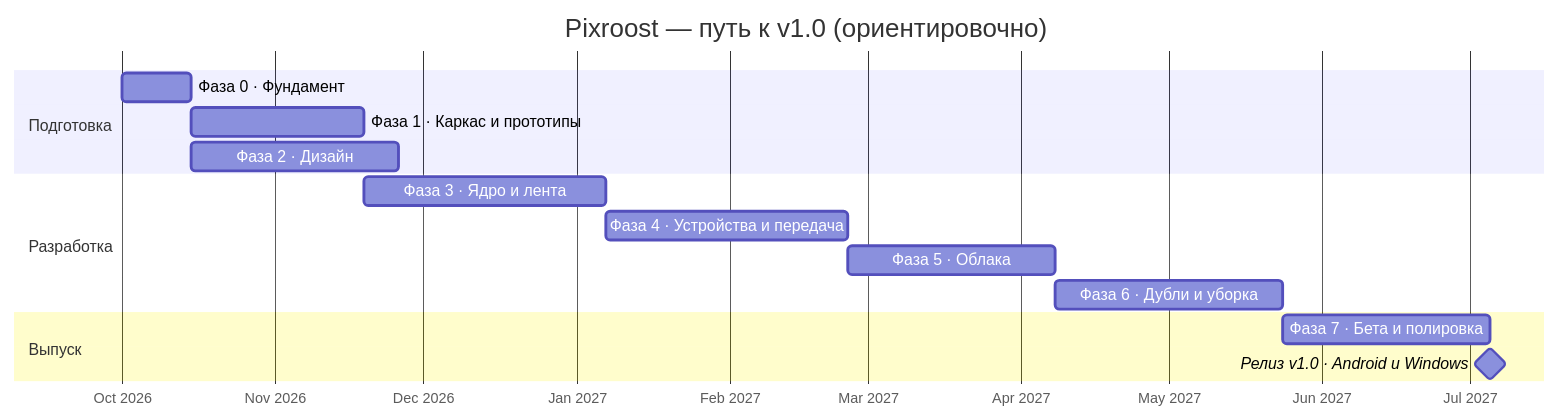
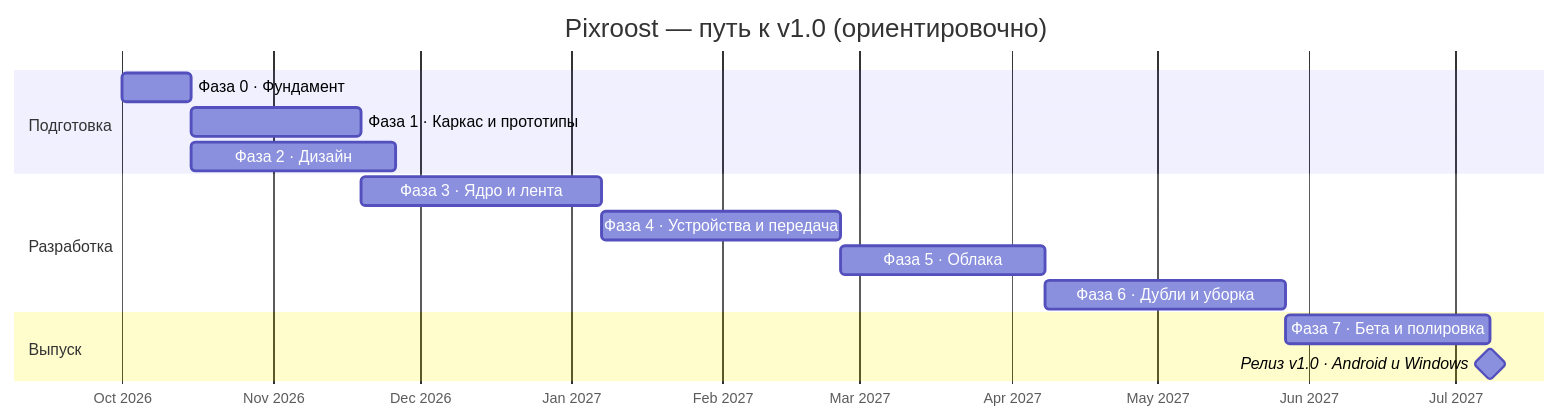
The diagram in docs/roadmap.md (intelbetteramd-sys/pixroost), drawn with Mermaid before and after one commit. The commit also changed other lines of this file and 2 other files, not shown here.

````diff
--- a/docs/roadmap.md
+++ b/docs/roadmap.md
@@ -16,18 +16,18 @@
 ```mermaid
 gantt
   title Pixroost — путь к v1.0 (ориентировочно)
   dateFormat YYYY-MM-DD
   axisFormat %b %Y
   section Подготовка
   Фаза 0 · Фундамент              :p0, 2026-10-01, 14d
   Фаза 1 · Каркас и прототипы     :p1, after p0, 35d
   Фаза 2 · Дизайн                 :p2, after p0, 42d
   section Разработка
   Фаза 3 · Ядро и лента           :p3, after p1, 49d
   Фаза 4 · Устройства и передача  :p4, after p3, 49d
   Фаза 5 · Облака                 :p5, after p4, 42d
-  Фаза 6 · Дубли и уборка         :p6, after p5, 46d
+  Фаза 6 · Дубли и уборка         :p6, after p5, 49d
   section Выпуск
   Фаза 7 · Бета и полировка       :p7, after p6, 42d
   Релиз v1.0 · Android и Windows  :milestone, after p7, 0d
 ```
````
